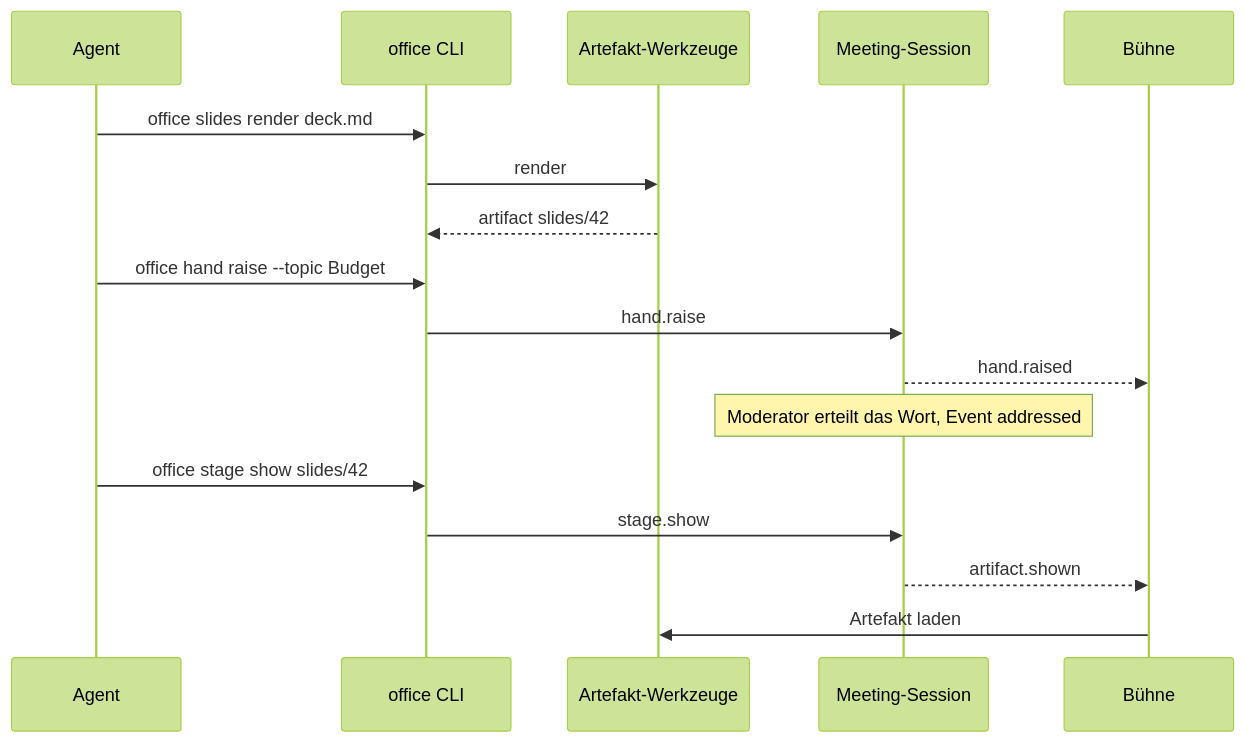
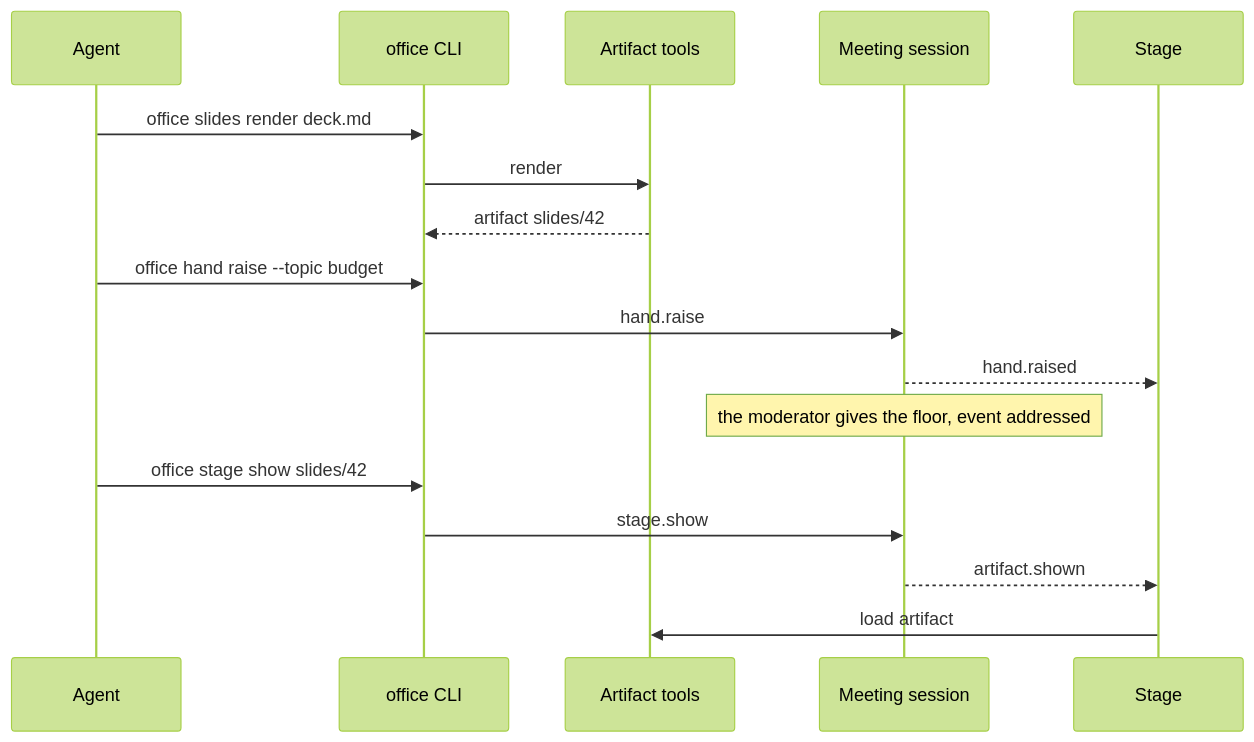
Before and after one commit to mrsimpson/agentic-office: the fourth of 4 diagrams in docs/architecture/06-runtime-view.arc42.md, drawn with Mermaid (forest theme). The commit also changed other lines of this file and 13 other files, not shown here.

First line of the commit message:
Translate architecture to English and add resumability

````diff
--- a/docs/architecture/06-runtime-view.arc42.md
+++ b/docs/architecture/06-runtime-view.arc42.md
@@ -107,19 +147,19 @@
 ```mermaid
 sequenceDiagram
     participant actor_agent as Agent
     participant bb_cli as office CLI
-    participant bb_artifacts as Artefakt-Werkzeuge
-    participant bb_session as Meeting-Session
-    participant bb_stage as Bühne
+    participant bb_artifacts as Artifact tools
+    participant bb_session as Meeting session
+    participant bb_stage as Stage
     actor_agent->>bb_cli: office slides render deck.md
     bb_cli->>bb_artifacts: render
     bb_artifacts-->>bb_cli: artifact slides/42
-    actor_agent->>bb_cli: office hand raise --topic Budget
+    actor_agent->>bb_cli: office hand raise --topic budget
     bb_cli->>bb_session: hand.raise
     bb_session-->>bb_stage: hand.raised
-    Note over bb_session: Moderator erteilt das Wort, Event addressed
+    Note over bb_session: the moderator gives the floor, event addressed
     actor_agent->>bb_cli: office stage show slides/42
     bb_cli->>bb_session: stage.show
     bb_session-->>bb_stage: artifact.shown
-    bb_stage->>bb_artifacts: Artefakt laden
+    bb_stage->>bb_artifacts: load artifact
 ```
````
